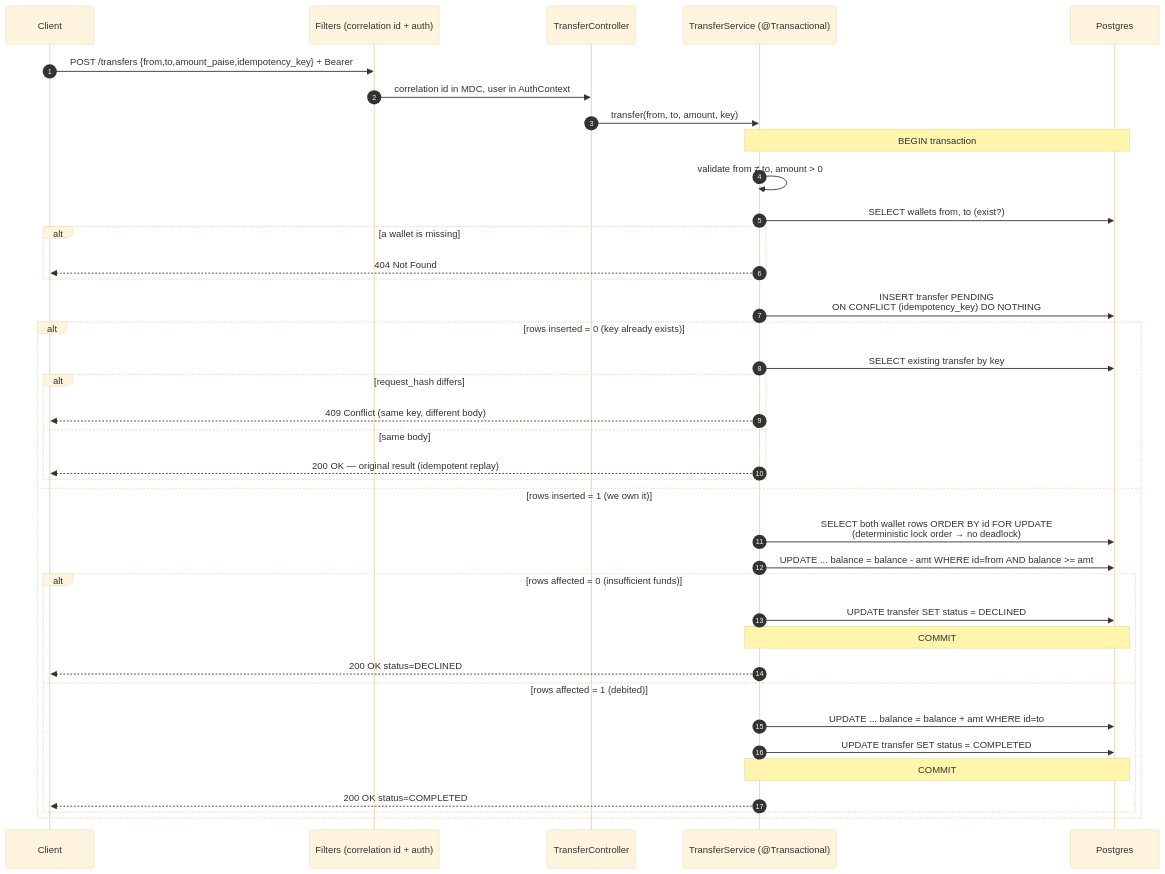
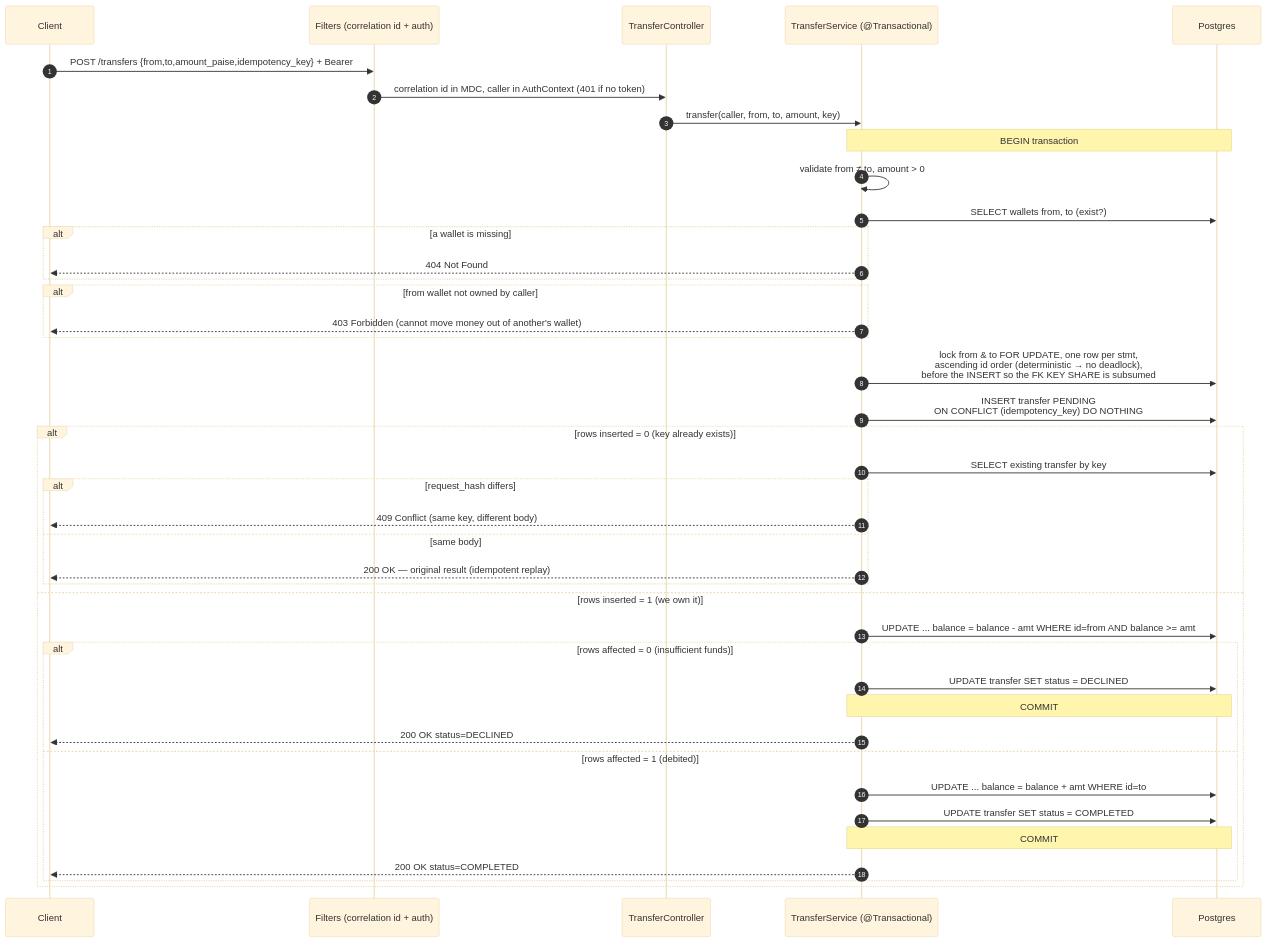
The second of 6 diagrams in docs/ARCHITECTURE.md (dineshbish/wallet-transfer-service), drawn with Mermaid (base theme) before and after one commit. The commit also changed 10 other files, not shown here.

Commit message:
fix: enforce wallet ownership — bind transfer sender to auth token, scope reads/deposits to owner

````diff
--- a/docs/ARCHITECTURE.md
+++ b/docs/ARCHITECTURE.md
@@ -62,43 +62,46 @@
 ```mermaid
 sequenceDiagram
     autonumber
     participant C as Client
     participant F as Filters (correlation id + auth)
     participant TC as TransferController
     participant TS as TransferService (@Transactional)
     participant DB as Postgres
 
     C->>F: POST /transfers {from,to,amount_paise,idempotency_key} + Bearer
-    F->>TC: correlation id in MDC, user in AuthContext
-    TC->>TS: transfer(from, to, amount, key)
+    F->>TC: correlation id in MDC, caller in AuthContext (401 if no token)
+    TC->>TS: transfer(caller, from, to, amount, key)
 
     Note over TS,DB: BEGIN transaction
     TS->>TS: validate from ≠ to, amount > 0
     TS->>DB: SELECT wallets from, to (exist?)
     alt a wallet is missing
         TS-->>C: 404 Not Found
     end
+    alt from wallet not owned by caller
+        TS-->>C: 403 Forbidden (cannot move money out of another's wallet)
+    end
 
+    TS->>DB: lock from & to FOR UPDATE, one row per stmt,<br/>ascending id order (deterministic → no deadlock),<br/>before the INSERT so the FK KEY SHARE is subsumed
     TS->>DB: INSERT transfer PENDING<br/>ON CONFLICT (idempotency_key) DO NOTHING
     alt rows inserted = 0 (key already exists)
         TS->>DB: SELECT existing transfer by key
         alt request_hash differs
             TS-->>C: 409 Conflict (same key, different body)
         else same body
             TS-->>C: 200 OK — original result (idempotent replay)
         end
     else rows inserted = 1 (we own it)
-        TS->>DB: SELECT both wallet rows ORDER BY id FOR UPDATE<br/>(deterministic lock order → no deadlock)
         TS->>DB: UPDATE ... balance = balance - amt WHERE id=from AND balance >= amt
         alt rows affected = 0 (insufficient funds)
             TS->>DB: UPDATE transfer SET status = DECLINED
             Note over TS,DB: COMMIT
             TS-->>C: 200 OK status=DECLINED
         else rows affected = 1 (debited)
             TS->>DB: UPDATE ... balance = balance + amt WHERE id=to
             TS->>DB: UPDATE transfer SET status = COMPLETED
             Note over TS,DB: COMMIT
             TS-->>C: 200 OK status=COMPLETED
         end
     end
 ```
````
